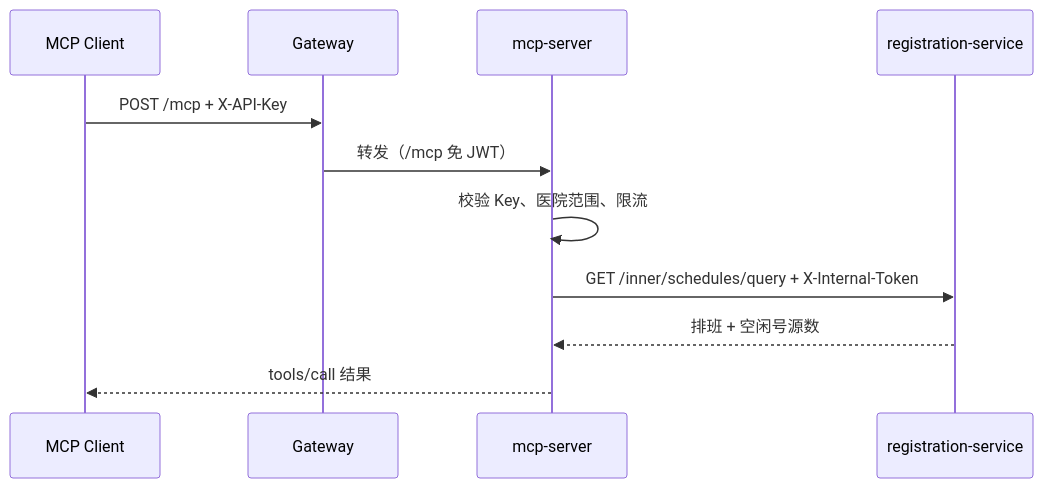
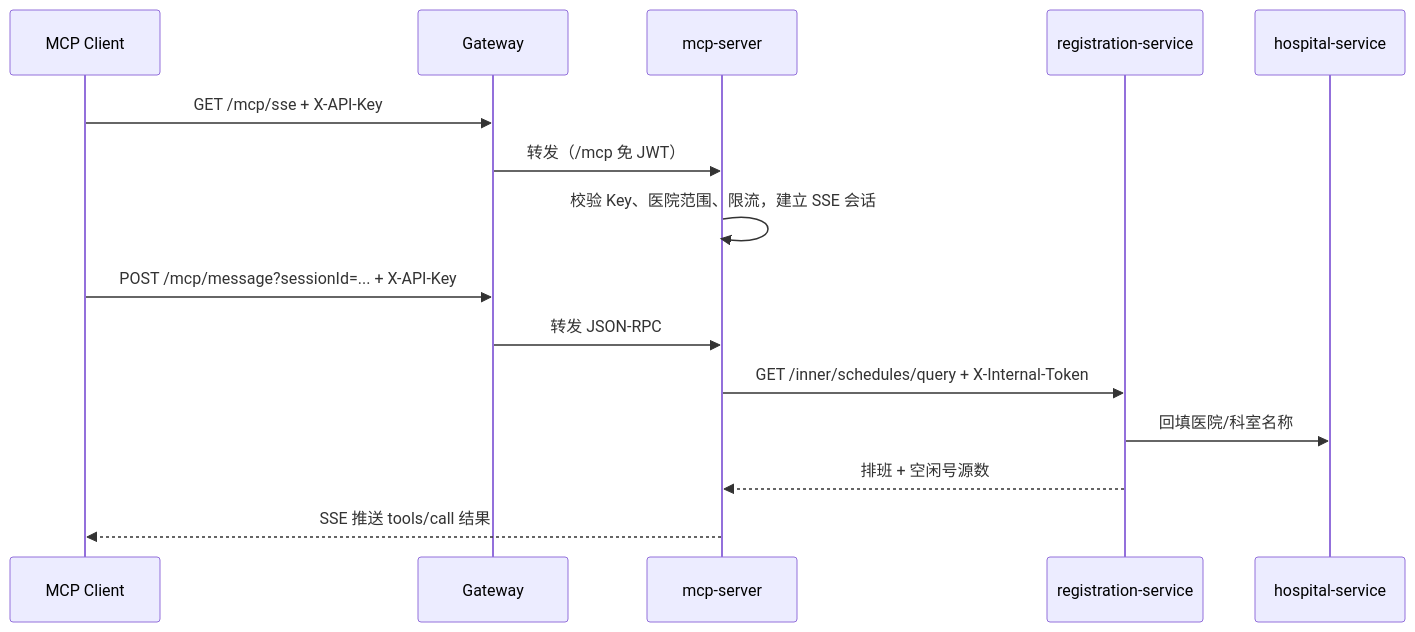
The fourth of 4 diagrams in docs/design/architecture.md (yh230/ai-assistant), drawn with Mermaid before and after one commit. The commit also changed other lines of this file and 3 other files, not shown here.

Commit message:
docs(mcp): 同步 SSE 传输与部署说明

````diff
--- a/docs/design/architecture.md
+++ b/docs/design/architecture.md
@@ -151,13 +151,17 @@
 ```mermaid
 sequenceDiagram
   participant C as MCP Client
   participant G as Gateway
   participant M as mcp-server
   participant R as registration-service
-  C->>G: POST /mcp + X-API-Key
+  participant H as hospital-service
+  C->>G: GET /mcp/sse + X-API-Key
   G->>M: 转发（/mcp 免 JWT）
-  M->>M: 校验 Key、医院范围、限流
+  M->>M: 校验 Key、医院范围、限流，建立 SSE 会话
+  C->>G: POST /mcp/message?sessionId=... + X-API-Key
+  G->>M: 转发 JSON-RPC
   M->>R: GET /inner/schedules/query + X-Internal-Token
+  R->>H: 回填医院/科室名称
   R-->>M: 排班 + 空闲号源数
-  M-->>C: tools/call 结果
+  M-->>C: SSE 推送 tools/call 结果
 ```
````
